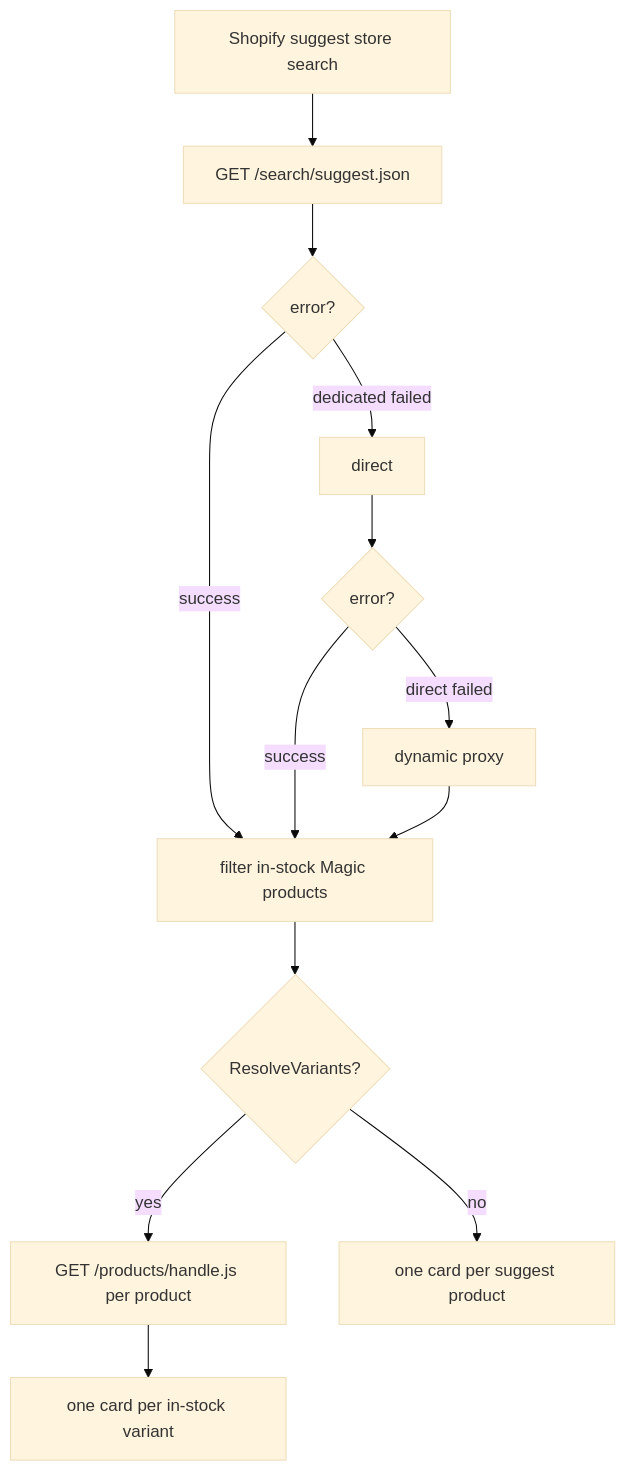
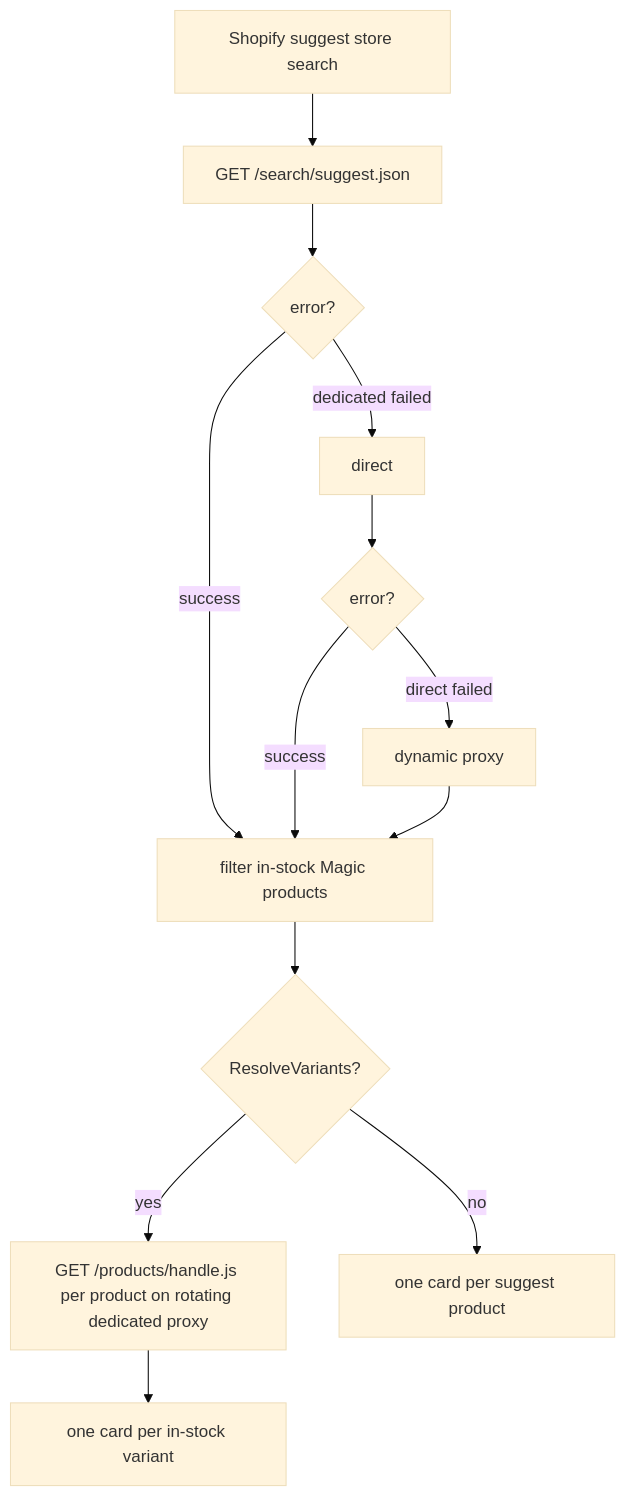
The fourth of 5 diagrams in README.md (xenodus/gishathfetch), drawn with Mermaid (base theme) before and after one commit. The commit also changed 6 other files, not shown here.

First line of the commit message:
Spread shopifysuggest product detail fetches across dedicated proxies

````diff
--- a/README.md
+++ b/README.md
@@ -225,15 +225,15 @@
 ```mermaid
 flowchart TD
     A[Shopify suggest store search] --> B[GET /search/suggest.json]
     B --> C{error?}
     C -- dedicated failed --> D[direct]
     C -- success --> E[filter in-stock Magic products]
     D --> F{error?}
     F -- direct failed --> G[dynamic proxy]
     F -- success --> E
     G --> E
     E --> H{ResolveVariants?}
-    H -- yes --> I[GET /products/handle.js per product]
+    H -- yes --> I[GET /products/handle.js per product on rotating dedicated proxy]
     I --> J[one card per in-stock variant]
     H -- no --> K[one card per suggest product]
 ```
````
